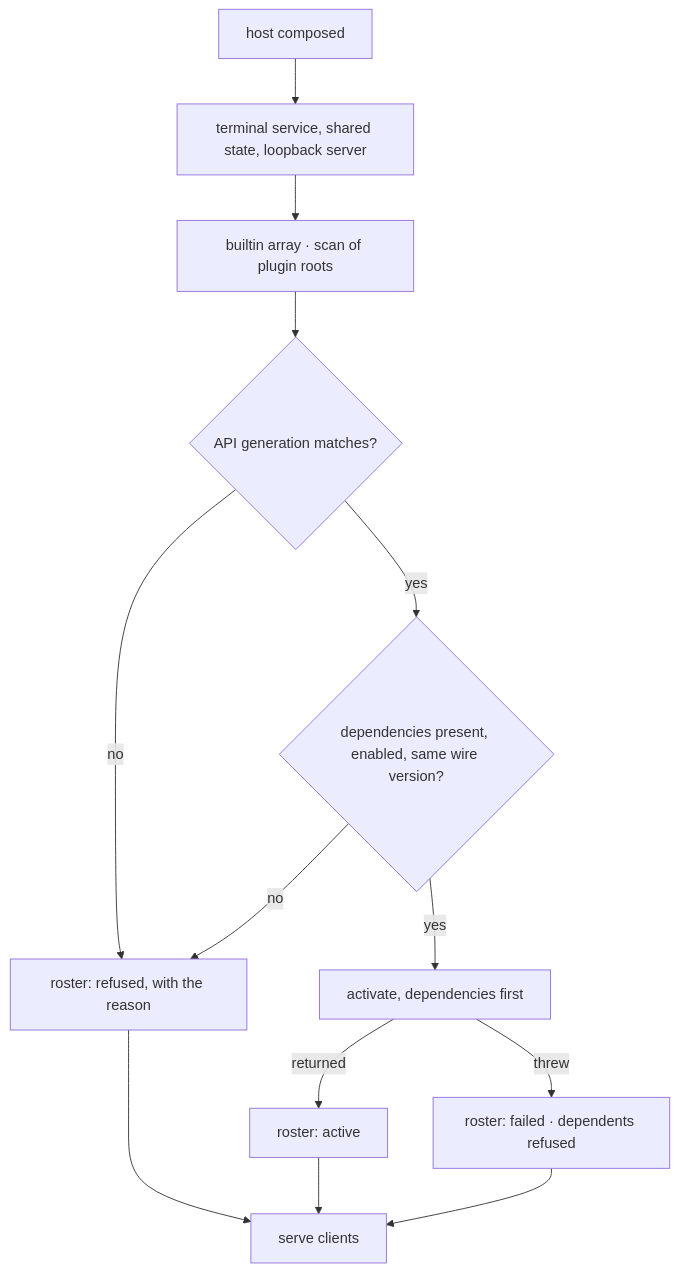
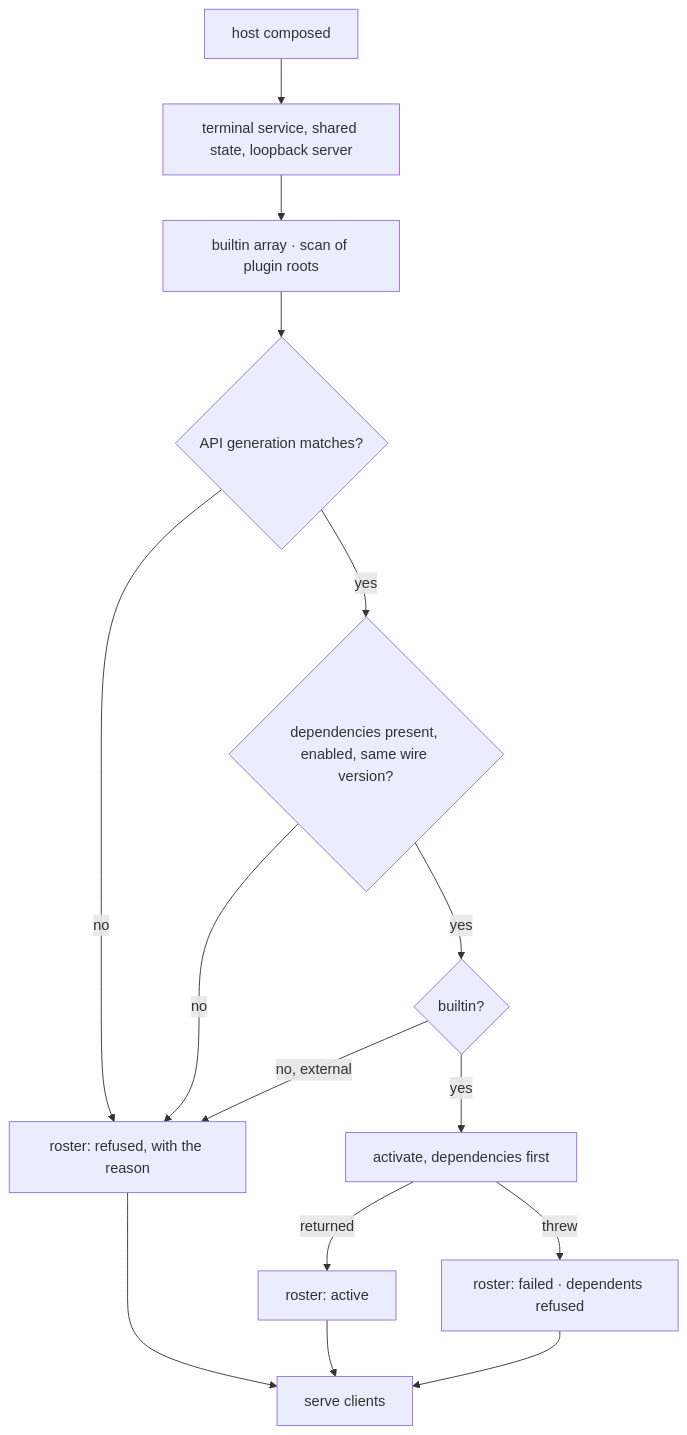
One commit to CommanderTvis/sharprail changed the fifth of 9 diagrams in src/SharpRail.Plugins.Api/SPEC.md. Above: the diagram before and after it, drawn with Mermaid. The commit also changed other lines of this file and 37 other files, not shown here.

First line of the commit message:
External plugins: discovered and refused, no assembly loading in the host or the app

````diff
--- a/src/SharpRail.Plugins.Api/SPEC.md
+++ b/src/SharpRail.Plugins.Api/SPEC.md
@@ -429,15 +433,17 @@
 ```mermaid
 flowchart TB
     boot["host composed"] --> seams["terminal service, shared state, loopback server"]
     seams --> known["builtin array · scan of plugin roots"]
     known --> gen{"API generation matches?"}
     gen -->|no| refused["roster: refused, with the reason"]
     gen -->|yes| dep{"dependencies present, enabled, same wire version?"}
     dep -->|no| refused
-    dep -->|yes| act["activate, dependencies first"]
+    dep -->|yes| ext{"builtin?"}
+    ext -->|no, external| refused
+    ext -->|yes| act["activate, dependencies first"]
     act -->|returned| active["roster: active"]
     act -->|threw| failed["roster: failed · dependents refused"]
     active --> serve["serve clients"]
     failed --> serve
     refused --> serve
 ```
````
